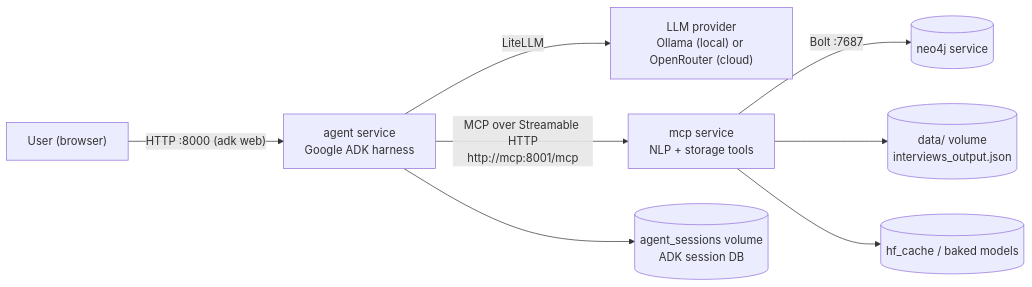
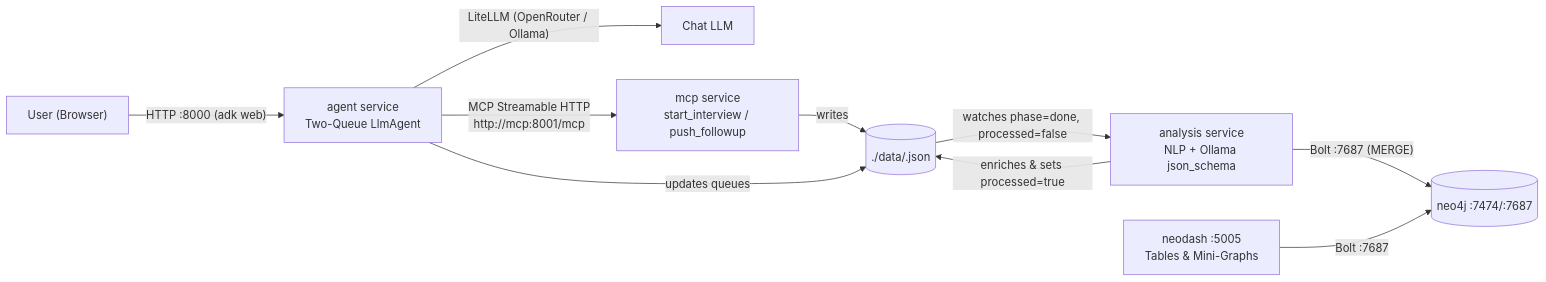
One commit to GrigorasVictor/ai-interviewer changed the diagram in .agents/GOALS.md. Above: the diagram before and after it, drawn with Mermaid. The commit also changed other lines of this file and 23 other files, not shown here.

Commit message:
feat: add local/cloud/hybrid env configs, ollama container, and README

````diff
--- a/.agents/GOALS.md
+++ b/.agents/GOALS.md
@@ -49,10 +49,12 @@
 ```mermaid
 flowchart LR
-    U["User (browser)"] -->|"HTTP :8000 (adk web)"| A["agent service<br/>Google ADK harness"]
-    A -->|"LiteLLM"| L["LLM provider<br/>Ollama (local) or OpenRouter (cloud)"]
-    A -->|"MCP over Streamable HTTP<br/>http://mcp:8001/mcp"| M["mcp service<br/>NLP + storage tools"]
-    M -->|"Bolt :7687"| N[("neo4j service")]
-    M --> J[("data/ volume<br/>interviews_output.json")]
-    M --> H[("hf_cache / baked models")]
-    A --> S[("agent_sessions volume<br/>ADK session DB")]
+    U["User (Browser)"] -->|"HTTP :8000 (adk web)"| A["agent service<br/>Two-Queue LlmAgent"]
+    A -->|"LiteLLM (OpenRouter / Ollama)"| L["Chat LLM"]
+    A -->|"MCP Streamable HTTP<br/>http://mcp:8001/mcp"| M["mcp service<br/>start_interview / push_followup"]
+    M -->|"writes"| J[("./data/<user_id>.json")]
+    A -->|"updates queues"| J
+    J -->|"watches phase=done, processed=false"| AN["analysis service<br/>NLP + Ollama json_schema"]
+    AN -->|"enriches & sets processed=true"| J
+    AN -->|"Bolt :7687 (MERGE)"| N[("neo4j :7474/:7687")]
+    ND["neodash :5005<br/>Tables & Mini-Graphs"] -->|"Bolt :7687"| N
 ```
````
